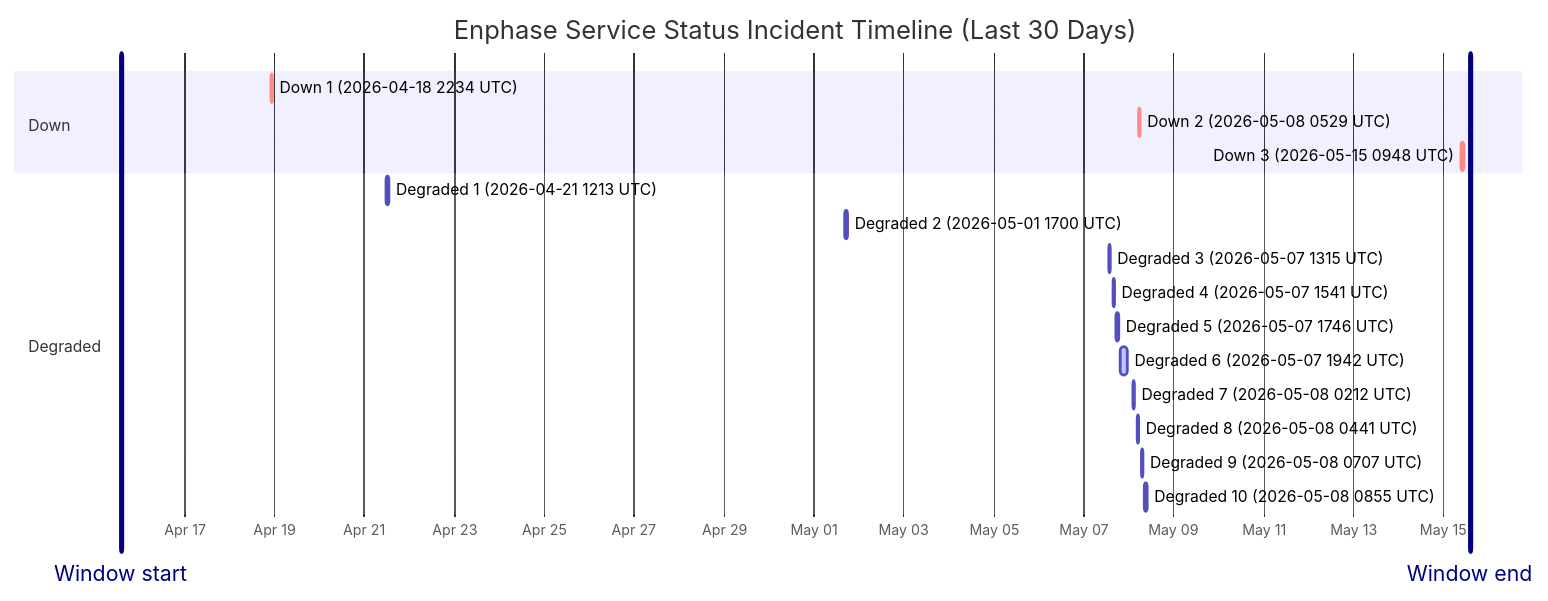
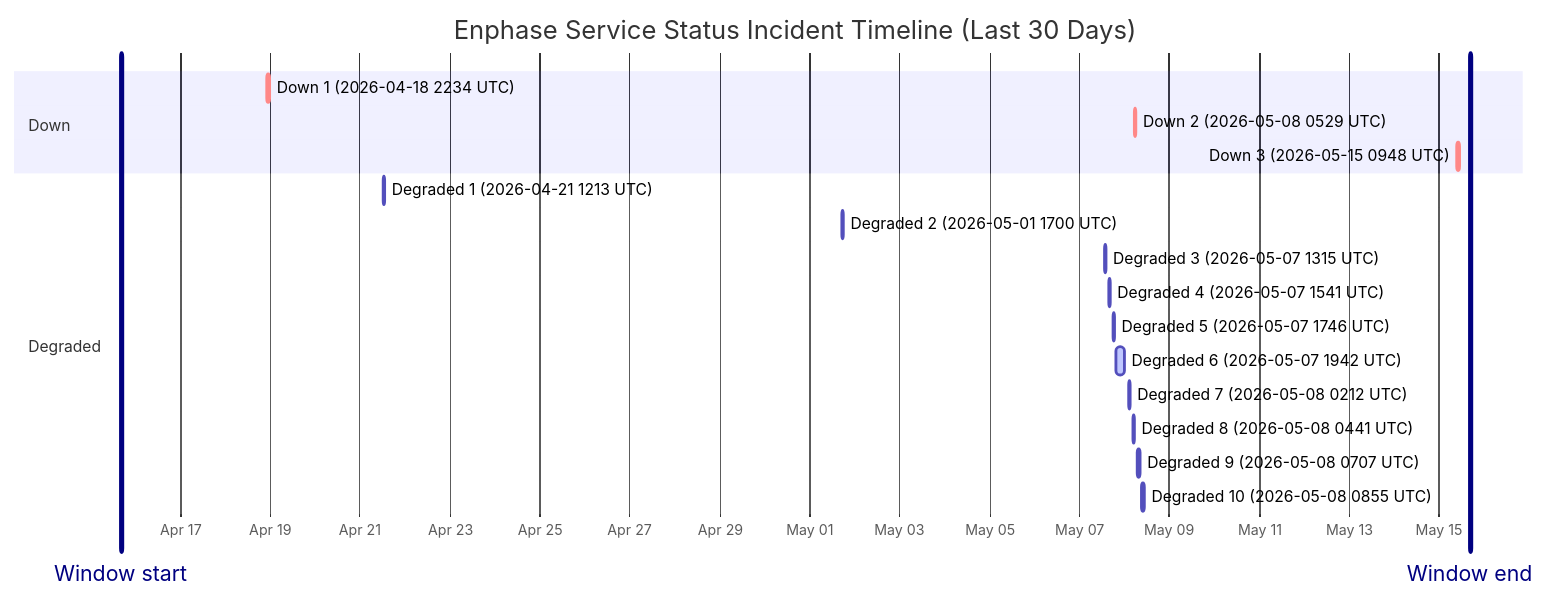
The diagram in wiki/Service-Status-History.md (barneyonline/ha-enphase-ev-charger), drawn with Mermaid before and after one commit. The commit also changed other lines of this file and 3 other files, not shown here.

````diff
--- a/wiki/Service-Status-History.md
+++ b/wiki/Service-Status-History.md
@@ -14,23 +14,23 @@
 ```mermaid
 gantt
     title Enphase Service Status Incident Timeline (Last 30 Days)
     dateFormat  YYYY-MM-DDTHH:mm:ss
     axisFormat  %b %d
-    Window start :vert, window-start, 2026-04-15T14:07:38, 0ms
-    Window end :vert, window-end, 2026-05-15T14:07:38, 0ms
+    Window start :vert, window-start, 2026-04-15T16:18:59, 0ms
+    Window end :vert, window-end, 2026-05-15T16:18:59, 0ms
     section Down
     Down 1 (2026-04-18 2234 UTC) :crit, down-1, 2026-04-18T22:34:13, 60m
     Down 2 (2026-05-08 0529 UTC) :crit, down-2, 2026-05-08T05:29:47, 60m
     Down 3 (2026-05-15 0948 UTC) :crit, down-3, 2026-05-15T09:48:18, 60m
     section Degraded
     Degraded 1 (2026-04-21 1213 UTC) :active, degraded-1, 2026-04-21T12:13:11, 60m
     Degraded 2 (2026-05-01 1700 UTC) :active, degraded-2, 2026-05-01T17:00:22, 60m
     Degraded 3 (2026-05-07 1315 UTC) :active, degraded-3, 2026-05-07T13:15:25, 60m
     Degraded 4 (2026-05-07 1541 UTC) :active, degraded-4, 2026-05-07T15:41:58, 60m
     Degraded 5 (2026-05-07 1746 UTC) :active, degraded-5, 2026-05-07T17:46:51, 60m
     Degraded 6 (2026-05-07 1942 UTC) :active, degraded-6, 2026-05-07T19:42:10, 249m
     Degraded 7 (2026-05-08 0212 UTC) :active, degraded-7, 2026-05-08T02:12:39, 60m
     Degraded 8 (2026-05-08 0441 UTC) :active, degraded-8, 2026-05-08T04:41:46, 60m
     Degraded 9 (2026-05-08 0707 UTC) :active, degraded-9, 2026-05-08T07:07:30, 60m
     Degraded 10 (2026-05-08 0855 UTC) :active, degraded-10, 2026-05-08T08:55:20, 88m
 ```
````
